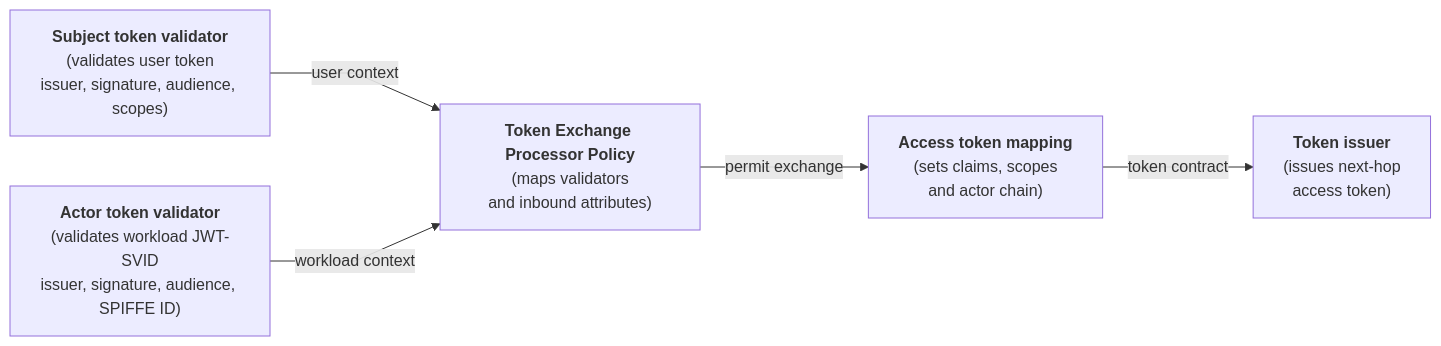
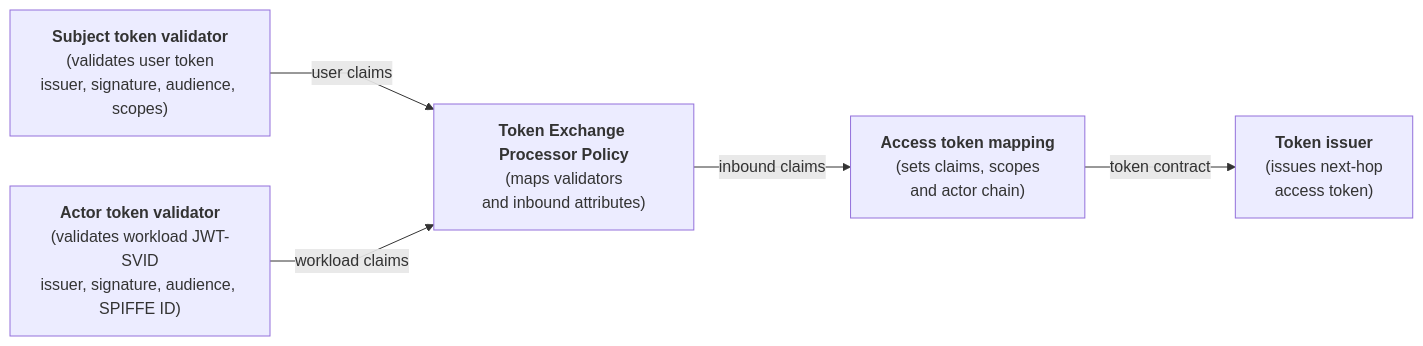
The second of 2 diagrams in _posts/2026-06-30-spiffe-token-exchange-for-agent-workloads.md (carbonefederico/blog-content), drawn with Mermaid before and after one commit. The commit also changed other lines of this file and 1 other file, not shown here.

Commit message:
Publish ready articles from blogger-agent

````diff
--- a/_posts/2026-06-30-spiffe-token-exchange-for-agent-workloads.md
+++ b/_posts/2026-06-30-spiffe-token-exchange-for-agent-workloads.md
@@ -339,14 +339,14 @@
 ```mermaid
 %%{init: {'flowchart': {'curve': 'linear'}}}%%
 flowchart LR
     ST["<b>Subject token validator</b><br/>(validates user token<br/>issuer, signature, audience, scopes)"]
     AT["<b>Actor token validator</b><br/>(validates workload JWT-SVID<br/>issuer, signature, audience, SPIFFE ID)"]
     POLICY["<b>Token Exchange Processor Policy</b><br/>(maps validators<br/>and inbound attributes)"]
     ACCESS["<b>Access token mapping</b><br/>(sets claims, scopes<br/>and actor chain)"]
     ISSUER["<b>Token issuer</b><br/>(issues next-hop<br/>access token)"]
 
-    ST -->|" user context "| POLICY
-    AT -->|" workload context "| POLICY
-    POLICY -->|" permit exchange "| ACCESS
+    ST -->|" user claims "| POLICY
+    AT -->|" workload claims "| POLICY
+    POLICY -->|" inbound claims "| ACCESS
     ACCESS -->|" token contract "| ISSUER
 ```
````
